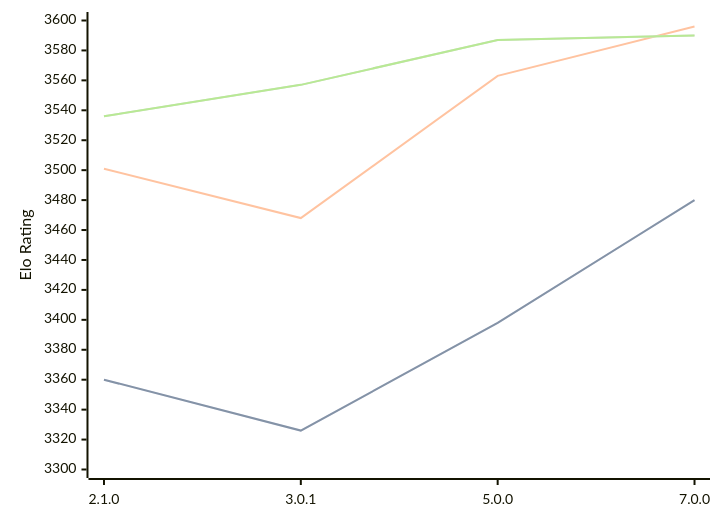
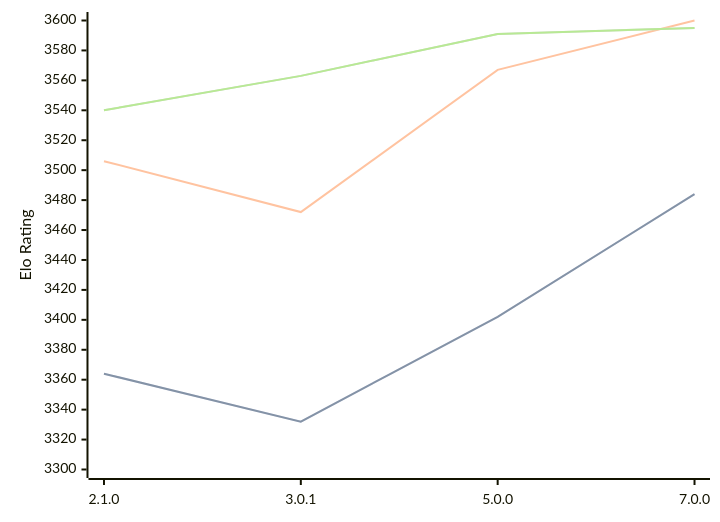
One commit to computer-chess-index/cci changed the diagram in engines/PlentyChess.md. Above: the diagram before and after it, drawn with Mermaid. The commit also changed other lines of this file, not shown here.

Commit message:
Update CCI Ratings (ELO VLTC) - 2026-04-18

````diff
--- a/engines/PlentyChess.md
+++ b/engines/PlentyChess.md
@@ -45,11 +45,11 @@
 ```mermaid
 %%{init: {"theme":"base","themeVariables":{"seriesColors:['#a3a3a3','#222221','#faa371']}}}%%
 xychart-beta
   x-axis ["2.1.0", "3.0.1", "5.0.0", "7.0.0"]
   y-axis "Elo Rating" 3300 --> 3600
-  line "STC (8.0+0.08s)" [3360, 3326, 3398, 3480]
-  line "STC (8.0+0.08s)" [3360, 3326, 3398, 3480]
-  line "LTC (60.0+0.60s)" [3501, 3468, 3563, 3596]
-  line "VLTC (2m24s+1.12s)" [3536, 3557, 3587, 3590]
-  line "VLTC (2m24s+1.12s)" [3536, 3557, 3587, 3590]
+  line "STC (8.0+0.08s)" [3364, 3332, 3402, 3484]
+  line "STC (8.0+0.08s)" [3364, 3332, 3402, 3484]
+  line "LTC (60.0+0.60s)" [3506, 3472, 3567, 3600]
+  line "VLTC (2m24s+1.12s)" [3540, 3563, 3591, 3595]
+  line "VLTC (2m24s+1.12s)" [3540, 3563, 3591, 3595]
 ```
````
